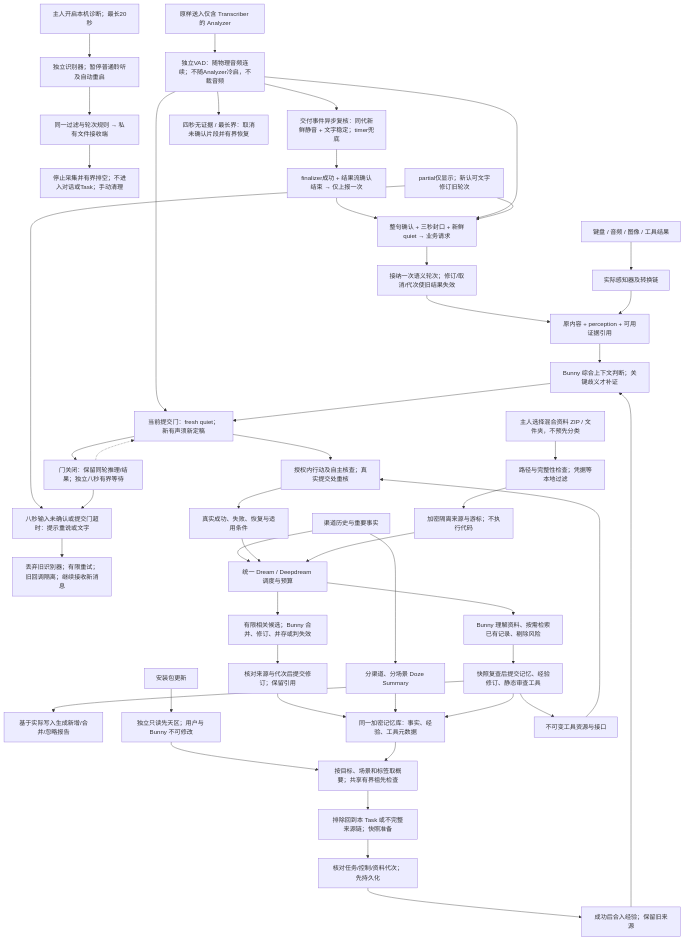
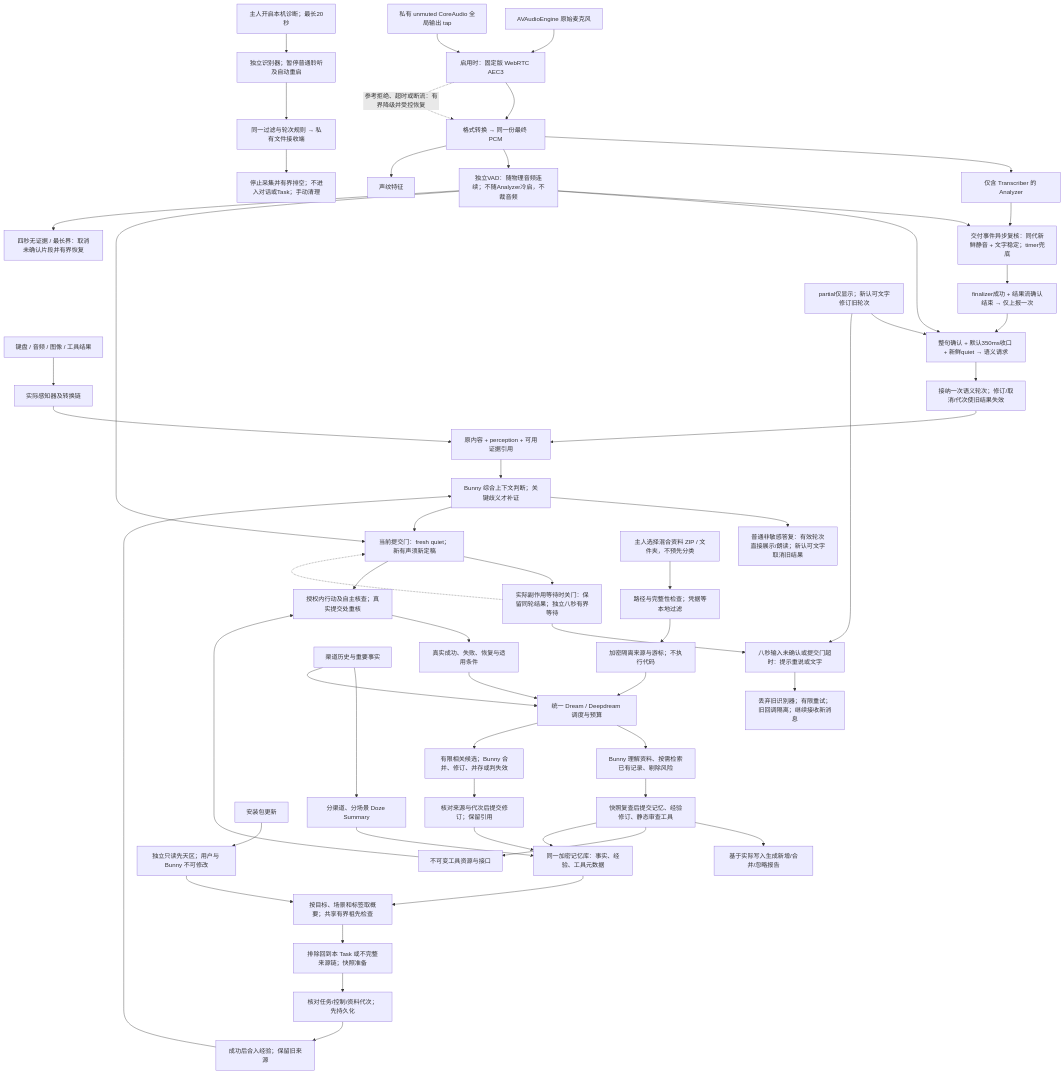
One commit to zhyuzh3d/workbunny changed the ninth of 9 diagrams in docs/flows.md. Above: the diagram before and after it, drawn with Mermaid. The commit also changed 53 other files, not shown here.

````diff
--- a/docs/flows.md
+++ b/docs/flows.md
@@ -240,50 +240,58 @@
 ```mermaid
 flowchart TB
     Input["键盘 / 音频 / 图像 / 工具结果"] --> Sensor["实际感知器及转换链"]
     Diagnostic["主人开启本机诊断；最长20秒"] --> PrivateSensor["独立识别器；暂停普通聆听及自动重启"]
     PrivateSensor --> PrivateSink["同一过滤与轮次规则 → 私有文件接收端"]
     PrivateSink --> DiagnosticEnd["停止采集并有界排空；不进入对话或Task；手动清理"]
-    Audio["原样送入仅含 Transcriber 的 Analyzer"] --> VAD["独立VAD：随物理音频连续；不随Analyzer冷启，不裁音频"]
+    Mic["AVAudioEngine 原始麦克风"] --> Echo["启用时：固定版 WebRTC AEC3"]
+    Reference["私有 unmuted CoreAudio 全局输出 tap"] --> Echo
+    Echo --> Audio["格式转换 → 同一份最终 PCM"]
+    Echo -.->|"参考拒绝、超时或断流：有界降级并受控恢复"| Audio
+    Audio --> Analyzer["仅含 Transcriber 的 Analyzer"]
+    Audio --> VAD["独立VAD：随物理音频连续；不随Analyzer冷启，不裁音频"]
+    Audio --> Speaker["声纹特征"]
+    Analyzer --> EndGate
     VAD --> EndGate["交付事件异步复核：同代新鲜静音 + 文字稳定；timer兜底"]
     EndGate --> FinalBarrier["finalizer成功 + 结果流确认结束 → 仅上报一次"]
-    FinalBarrier --> TurnGate["整句确认 + 三秒封口 + 新鲜quiet → 业务请求"]
+    FinalBarrier --> TurnGate["整句确认 + 默认350ms收口 + 新鲜quiet → 语义请求"]
     VAD --> TurnGate
     TurnGate --> EntryGate["接纳一次语义轮次；修订/取消/代次使旧结果失效"]
     Partial["partial仅显示；新认可文字修订旧轮次"] --> TurnGate
     Partial --> Unconfirmed["八秒输入未确认或提交门超时：提示重说或文字"]
     VAD --> EffectGate["当前提交门：fresh quiet；新有声须新定稿"]
-    EffectGate --> WaitGate["门关闭：保留同轮推理/结果；独立八秒有界等待"]
+    EffectGate --> WaitGate["实际副作用等待时关门：保留同轮结果；独立八秒有界等待"]
     WaitGate -.-> EffectGate
     WaitGate --> Unconfirmed
     Unconfirmed --> Rearm["丢弃旧识别器；有限重试；旧回调隔离；继续接收新消息"]
     EntryGate --> Observation
     VAD --> VoiceFault["四秒无证据 / 最长界：取消未确认片段并有界恢复"]
     Sensor --> Observation["原内容 + perception + 可用证据引用"]
     Observation --> Think["Bunny 综合上下文判断；关键歧义才补证"]
+    Think --> Reply["普通非敏感答复：有效轮次直接展示/朗读；新认可文字取消旧结果"]
     Think --> EffectGate
     EffectGate --> Act["授权内行动及自主核查；真实提交处重核"]
     Act --> Outcome["真实成功、失败、恢复与适用条件"]
     Dialogue["渠道历史与重要事实"] --> Doze["分渠道、分场景 Doze Summary"]
     Dialogue --> Dream["统一 Dream / Deepdream 调度与预算"]
     Outcome --> Dream
     Pack["主人选择混合资料 ZIP / 文件夹，不预先分类"] --> Validate["路径与完整性检查；凭据等本地过滤"]
     Validate --> Source["加密隔离来源与游标；不执行代码"]
     Source --> Dream
     Dream --> Absorb["Bunny 理解资料、按需检索已有记录、剔除风险"]
     Absorb --> Stage["快照复查后提交记忆、经验修订、静态审查工具"]
     Stage --> ImportReport["基于实际写入生成新增/合并/忽略报告"]
     Bundle["安装包更新"] --> Innate["独立只读先天区；用户与 Bunny 不可修改"]
     Innate --> Retrieve
     Dream --> Related["有限相关候选；Bunny 合并、修订、并存或判失效"]
     Related --> Commit["核对来源与代次后提交修订；保留引用"]
     Commit --> Repo["同一加密记忆库：事实、经验、工具元数据"]
     Doze --> Repo
     Repo --> Retrieve["按目标、场景和标签取概要；共享有界祖先检查"]
     Retrieve --> Prepare["排除回到本 Task 或不完整来源链；快照准备"]
     Prepare --> SavePolicy["核对任务/控制/资料代次；先持久化"]
     SavePolicy --> AdoptPolicy["成功后合入经验；保留旧来源"]
     AdoptPolicy --> Think
     Tools["不可变工具资源与接口"] --> Act
     Stage --> Tools
     Stage --> Repo
 ```
````
